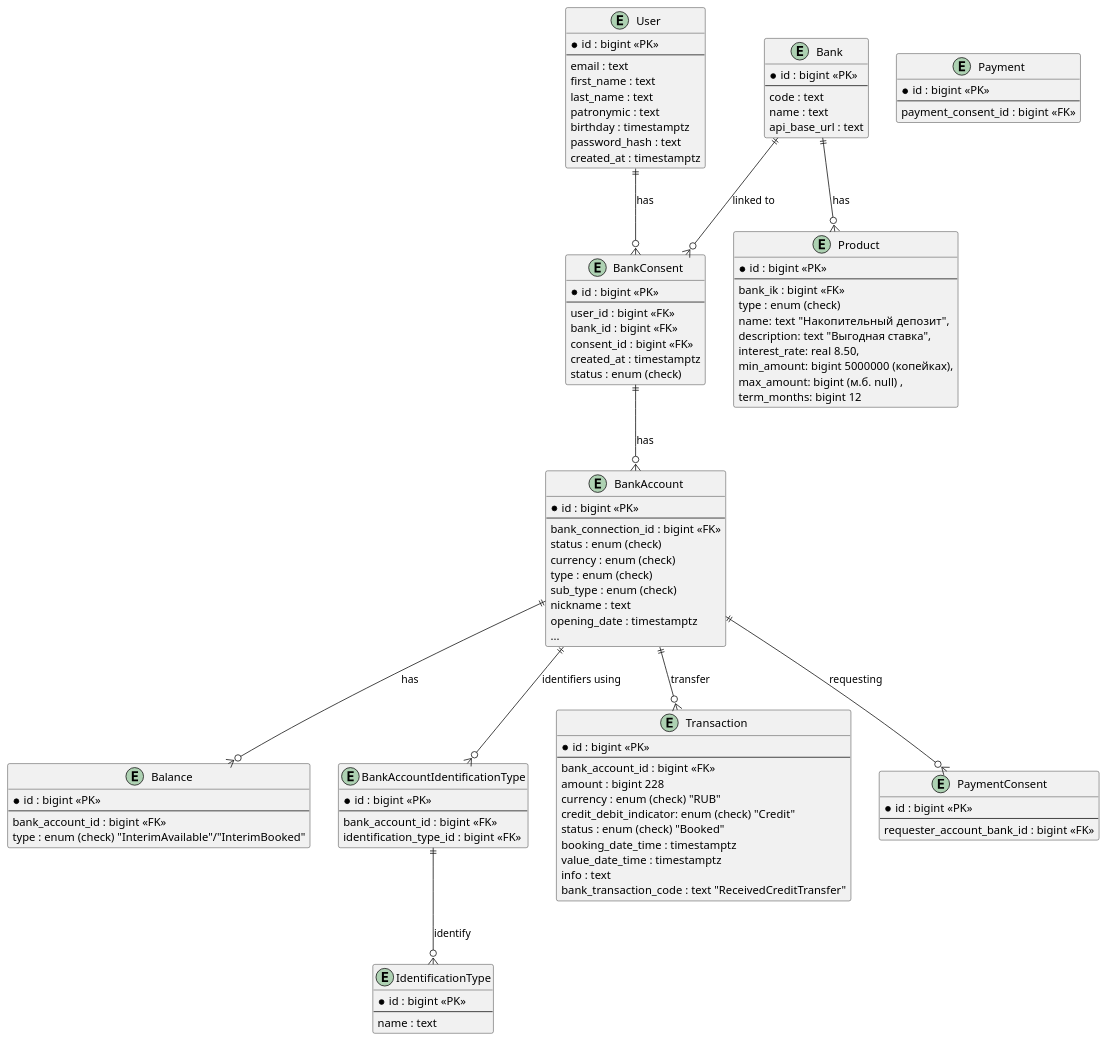
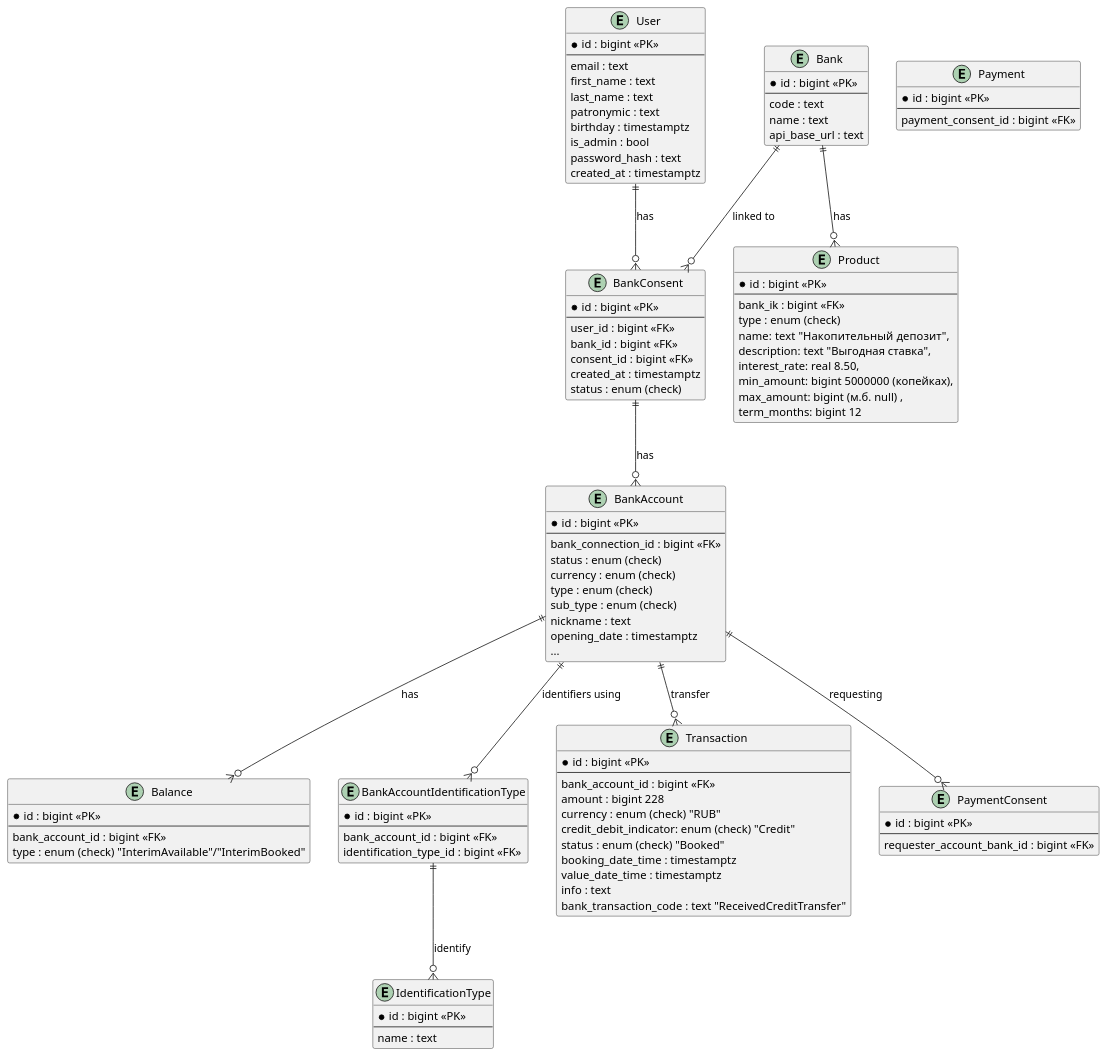
One commit to r0mbeg/multibank changed the diagram in docs/db_schema.plantuml. Above: the diagram before and after it, drawn with PlantUML. The commit also changed 4 other files, not shown here.

```diff
--- a/docs/db_schema.plantuml
+++ b/docs/db_schema.plantuml
@@ -1,118 +1,119 @@
 @startuml
 entity "User" as U {
   *id : bigint <<PK>>
   --
   email : text
   first_name : text
   last_name : text
   patronymic : text
   birthday : timestamptz
+  is_admin : bool
   password_hash : text
   created_at : timestamptz
 }
 
 entity "BankConsent" as BC {
   *id : bigint <<PK>>
   --
   user_id : bigint <<FK>>
   bank_id : bigint <<FK>>
   consent_id : bigint <<FK>>
   created_at : timestamptz
   status : enum (check)
 }
 
 entity "Bank" as B {
   *id : bigint <<PK>>
   --
   code : text
   name : text
   api_base_url : text
 }
 
 entity "BankAccount" as BA {
   *id : bigint <<PK>>
   --
   bank_connection_id : bigint <<FK>>
   status : enum (check)
   currency : enum (check)
   type : enum (check)
   sub_type : enum (check)
   nickname : text
   opening_date : timestamptz
   ...
 }
 
 entity "Balance" as BL {
     *id : bigint <<PK>>
     --
     bank_account_id : bigint <<FK>>
     type : enum (check) "InterimAvailable"/"InterimBooked"
 }
 
 entity "IdentificationType" as IT {
     *id : bigint <<PK>>
     --
     name : text
 }
 
 entity "BankAccountIdentificationType" AS BAIT {
     *id : bigint <<PK>>
     --
     bank_account_id : bigint <<FK>>
     identification_type_id : bigint <<FK>>
 }
 
 
 entity "Transaction" AS T {
    *id : bigint <<PK>>
    --
    bank_account_id : bigint <<FK>>
    amount : bigint 228
    currency : enum (check) "RUB"
    credit_debit_indicator: enum (check) "Credit"
    status : enum (check) "Booked"
    booking_date_time : timestamptz
    value_date_time : timestamptz
    info : text
    bank_transaction_code : text "ReceivedCreditTransfer"
 }
 
 entity "PaymentConsent" AS PC {
     *id : bigint <<PK>>
     --
     requester_account_bank_id : bigint <<FK>>
 }
 
 entity "Payment" AS P {
     *id : bigint <<PK>>
     --
     payment_consent_id : bigint <<FK>>
 }
 
 entity "Product" AS PR {
    *id : bigint <<PK>>
    --
    bank_ik : bigint <<FK>>
    type : enum (check)
    name:  text "Накопительный депозит",
    description: text "Выгодная ставка",
    interest_rate: real 8.50,
    min_amount: bigint 5000000 (копейках),
    max_amount: bigint (м.б. null) ,
    term_months: bigint 12
 }
 
 
 U ||--o{ BC : "has"
 B ||--o{ BC : "linked to"
 B ||--o{ PR : "has"
 BC ||--o{ BA : "has"
 BA ||--o{ T : "transfer"
 BA ||--o{ BAIT : "identifiers using"
 BA ||--o{ BL : "has"
 BAIT ||--o{ IT : "identify"
 BA ||--o{ PC : "requesting"
 
 
 
 @enduml
```
